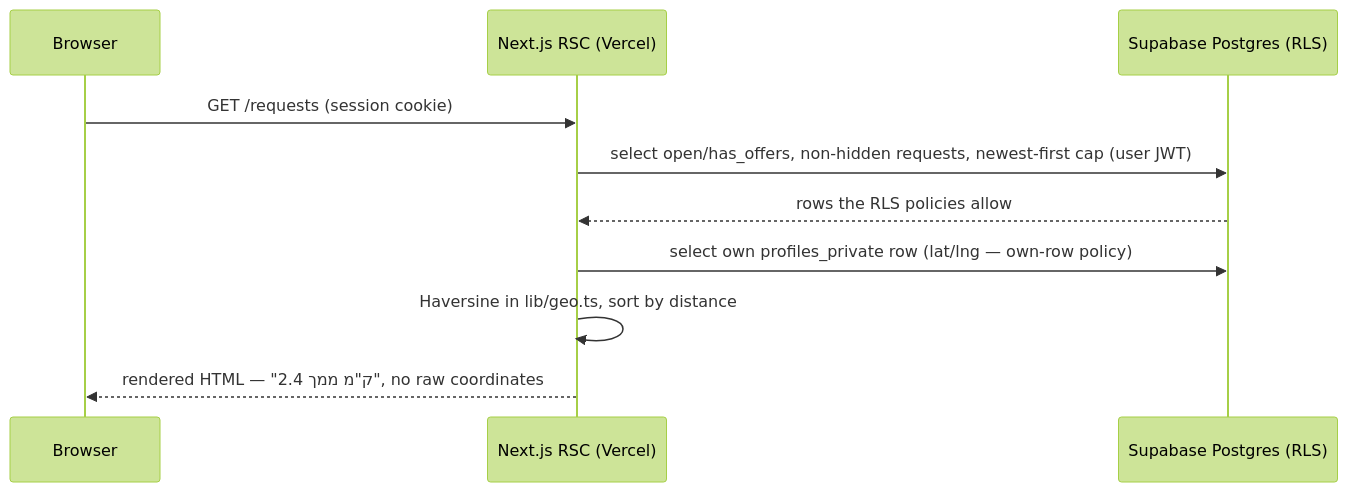
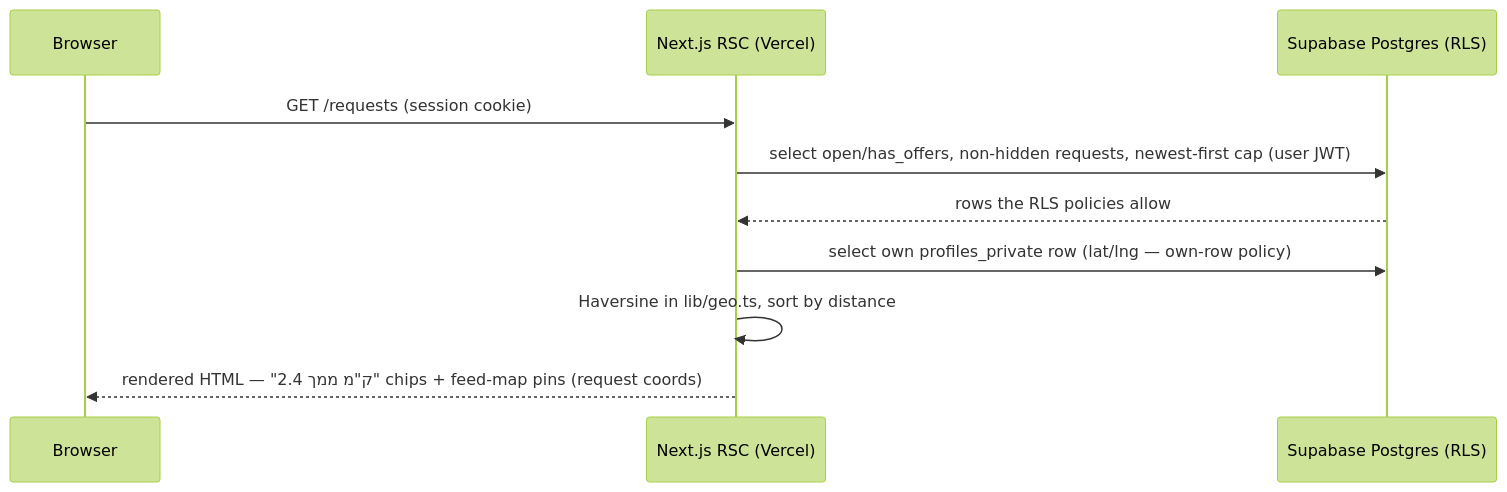
One commit to YuvGev00/ihelp changed the third of 4 diagrams in docs/02-architecture.md. Above: the diagram before and after it, drawn with Mermaid (forest theme). The commit also changed other lines of this file and 8 other files, not shown here.

````diff
--- a/docs/02-architecture.md
+++ b/docs/02-architecture.md
@@ -381,13 +394,13 @@
 ```mermaid
 sequenceDiagram
     participant B as Browser
     participant N as Next.js RSC (Vercel)
     participant DB as Supabase Postgres (RLS)
 
     B->>N: GET /requests (session cookie)
     N->>DB: select open/has_offers, non-hidden requests, newest-first cap (user JWT)
     DB-->>N: rows the RLS policies allow
     N->>DB: select own profiles_private row (lat/lng — own-row policy)
     N->>N: Haversine in lib/geo.ts, sort by distance
-    N-->>B: rendered HTML — "2.4 ק"מ ממך", no raw coordinates
+    N-->>B: rendered HTML — "2.4 ק"מ ממך" chips + feed-map pins (request coords)
 ```
````
